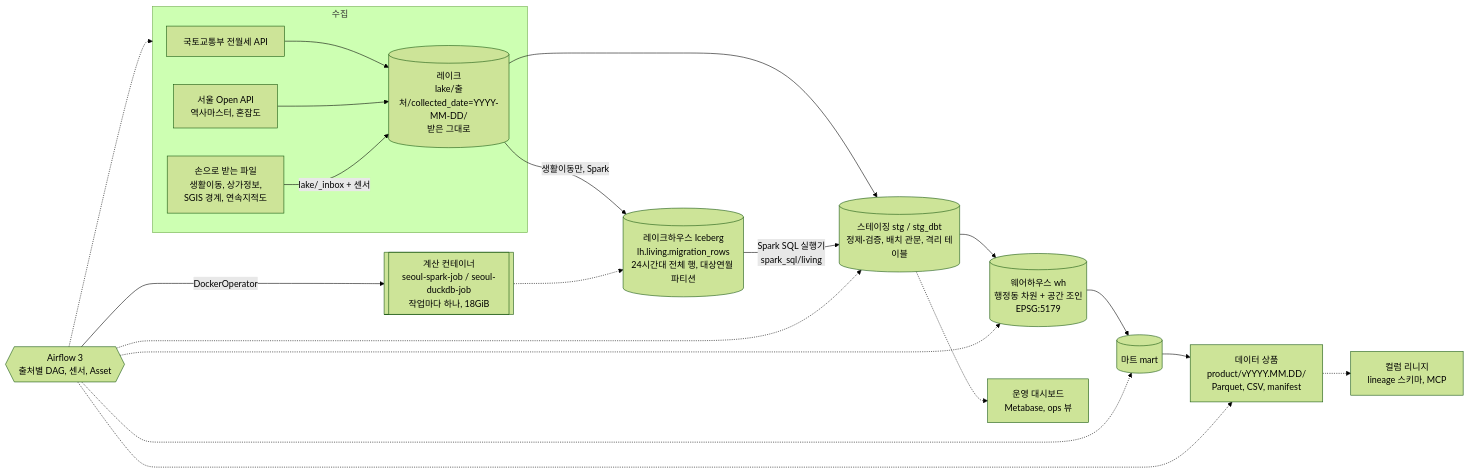
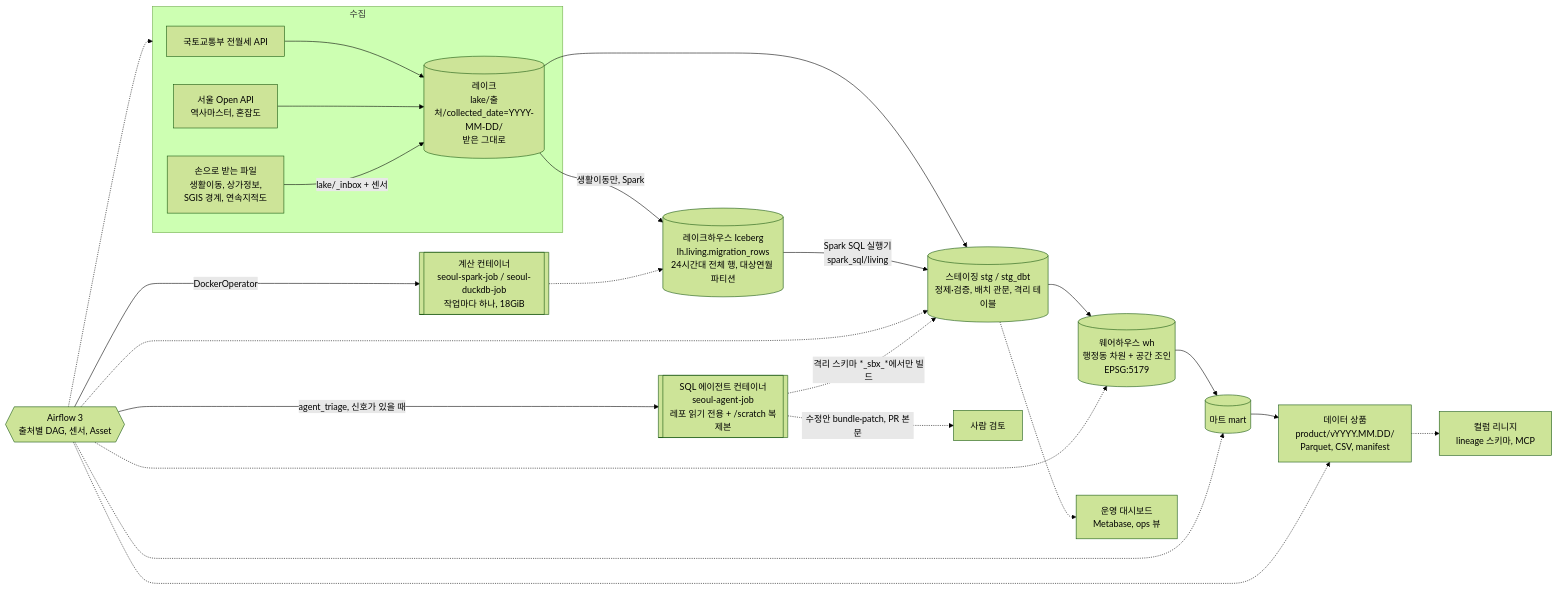
Before and after one commit to sozerong/home_in_seoul: the diagram in README.md, drawn with Mermaid (forest theme). The commit also changed other lines of this file and 21 other files, not shown here.

````diff
--- a/README.md
+++ b/README.md
@@ -9,23 +9,26 @@
 ```mermaid
 flowchart LR
     subgraph 수집
         A1[국토교통부 전월세 API] --> L
         A2[서울 Open API<br>역사마스터, 혼잡도] --> L
         F1[손으로 받는 파일<br>생활이동, 상가정보,<br>SGIS 경계, 연속지적도] -->|lake/_inbox + 센서| L
     end
     L[(레이크<br>lake/출처/collected_date=YYYY-MM-DD/<br>받은 그대로)] --> S
     L -->|생활이동만, Spark| I[(레이크하우스 Iceberg<br>lh.living.migration_rows<br>24시간대 전체 행, 대상연월 파티션)]
     I -->|Spark SQL 실행기<br>spark_sql/living| S
     S[(스테이징 stg / stg_dbt<br>정제·검증, 배치 관문, 격리 테이블)] --> W
     W[(웨어하우스 wh<br>행정동 차원 + 공간 조인<br>EPSG:5179)] --> M
     M[(마트 mart)] --> P[데이터 상품<br>product/vYYYY.MM.DD/<br>Parquet, CSV, manifest]
     S -.-> O[운영 대시보드<br>Metabase, ops 뷰]
     P -.-> LN[컬럼 리니지<br>lineage 스키마, MCP]
     AF{{Airflow 3<br>출처별 DAG, 센서, Asset}} -.-> 수집
     AF -.-> S
     AF -.-> W
     AF -.-> M
     AF -.-> P
     AF -->|DockerOperator| JOB[[계산 컨테이너<br>seoul-spark-job / seoul-duckdb-job<br>작업마다 하나, 18GiB]]
     JOB -.-> I
+    AF -->|agent_triage, 신호가 있을 때| AG[[SQL 에이전트 컨테이너<br>seoul-agent-job<br>레포 읽기 전용 + /scratch 복제본]]
+    AG -.->|격리 스키마 *_sbx_*에서만 빌드| S
+    AG -.->|수정안 bundle·patch, PR 본문| H[사람 검토]
 ```
````
